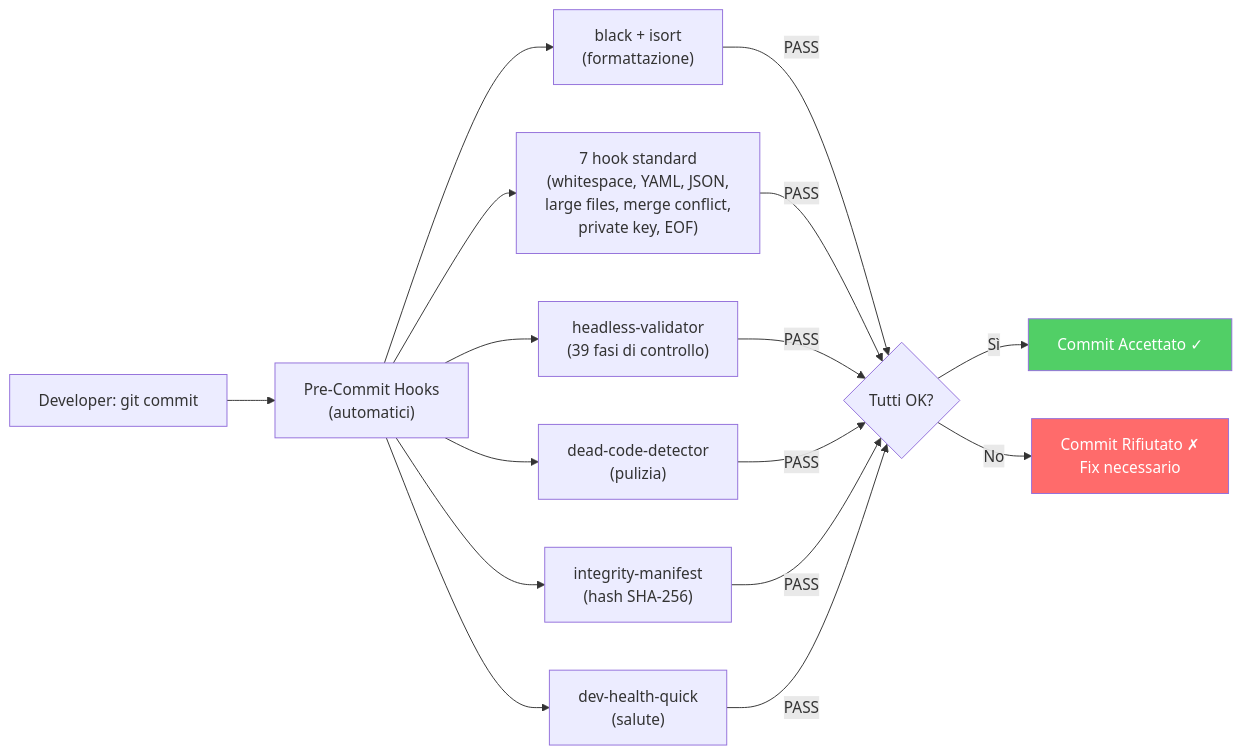
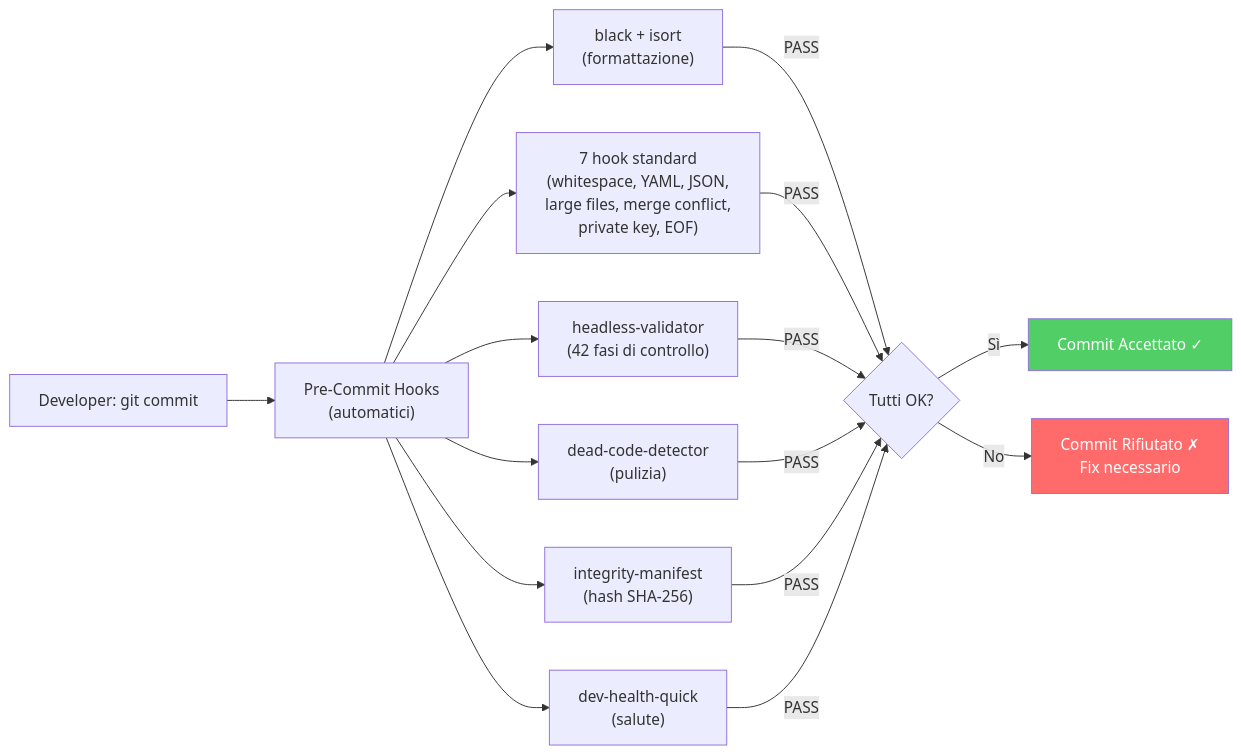
One commit to renanaugustomacena-ux/Counter-Strike-coach-AI changed diagram 44 of 52 in docs/books/Book-Coach-3.md. Above: the diagram before and after it, drawn with Mermaid. The commit also changed other lines of this file and 77 other files, not shown here.

````diff
--- a/docs/books/Book-Coach-3.md
+++ b/docs/books/Book-Coach-3.md
@@ -2369,21 +2369,21 @@
 ```mermaid
 flowchart LR
     DEV["Developer: git commit"]
     DEV --> HOOKS["Pre-Commit Hooks<br/>(automatici)"]
     HOOKS --> BF["black + isort<br/>(formattazione)"]
     HOOKS --> STD["7 hook standard<br/>(whitespace, YAML, JSON,<br/>large files, merge conflict,<br/>private key, EOF)"]
-    HOOKS --> VALID["headless-validator<br/>(39 fasi di controllo)"]
+    HOOKS --> VALID["headless-validator<br/>(42 fasi di controllo)"]
     HOOKS --> DEAD["dead-code-detector<br/>(pulizia)"]
     HOOKS --> INTEG["integrity-manifest<br/>(hash SHA-256)"]
     HOOKS --> HEALTH["dev-health-quick<br/>(salute)"]
     BF -->|"PASS"| OK{"Tutti OK?"}
     STD -->|"PASS"| OK
     VALID -->|"PASS"| OK
     DEAD -->|"PASS"| OK
     INTEG -->|"PASS"| OK
     HEALTH -->|"PASS"| OK
     OK -->|"Sì"| COMMIT["Commit Accettato ✓"]
     OK -->|"No"| REJECT["Commit Rifiutato ✗<br/>Fix necessario"]
     style COMMIT fill:#51cf66,color:#fff
     style REJECT fill:#ff6b6b,color:#fff
 ```
````
